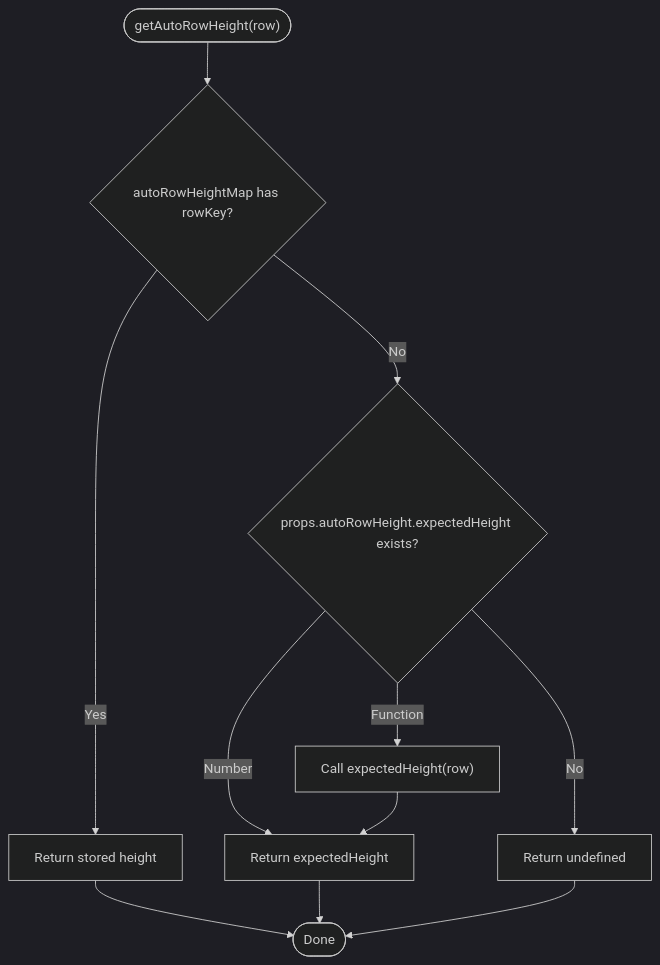
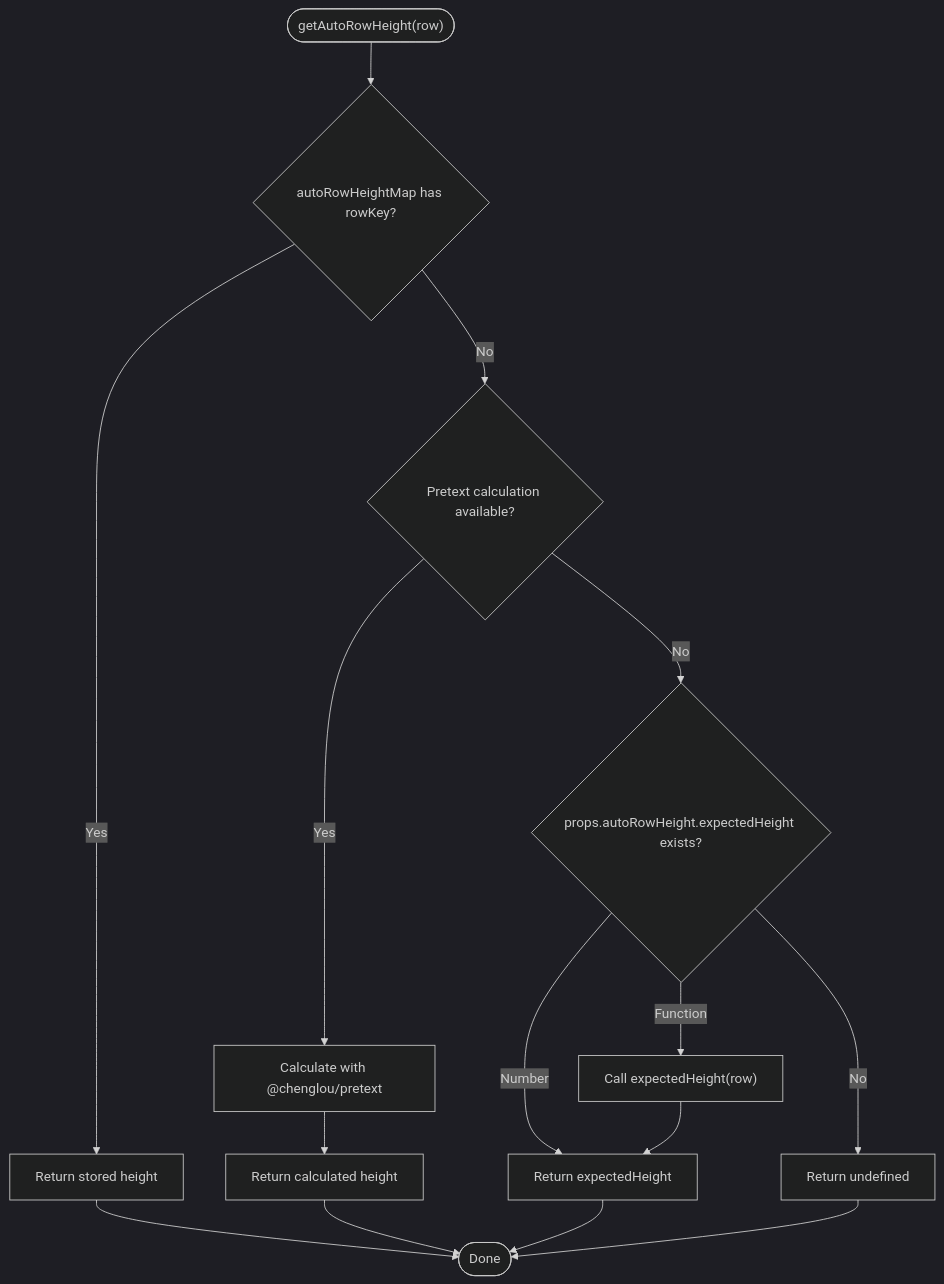
The third of 7 diagrams in .qoder/repowiki/en/content/Core Concepts/Virtual Scrolling/Auto Row Height Support.md (ja-plus/stk-table-vue), drawn with Mermaid (dark theme) before and after one commit. The commit also changed other lines of this file and 4 other files, not shown here.

````diff
--- a/.qoder/repowiki/en/content/Core Concepts/Virtual Scrolling/Auto Row Height Support.md
+++ b/.qoder/repowiki/en/content/Core Concepts/Virtual Scrolling/Auto Row Height Support.md
@@ -133,13 +160,17 @@
 ```mermaid
 flowchart TD
 Start(["getAutoRowHeight(row)"]) --> HasStored{"autoRowHeightMap has rowKey?"}
 HasStored --> |Yes| ReturnStored["Return stored height"]
-HasStored --> |No| HasExpected{"props.autoRowHeight.expectedHeight exists?"}
+HasStored --> |No| HasPretext{"Pretext calculation available?"}
+HasPretext --> |Yes| CalcPretext["Calculate with @chenglou/pretext"]
+HasPretext --> |No| HasExpected{"props.autoRowHeight.expectedHeight exists?"}
+CalcPretext --> ReturnPretext["Return calculated height"]
 HasExpected --> |Function| CallFn["Call expectedHeight(row)"]
 HasExpected --> |Number| ReturnExpected["Return expectedHeight"]
 HasExpected --> |No| ReturnFallback["Return undefined"]
 CallFn --> ReturnExpected
 ReturnStored --> End(["Done"])
+ReturnPretext --> End
 ReturnExpected --> End
 ReturnFallback --> End
 ```
````
